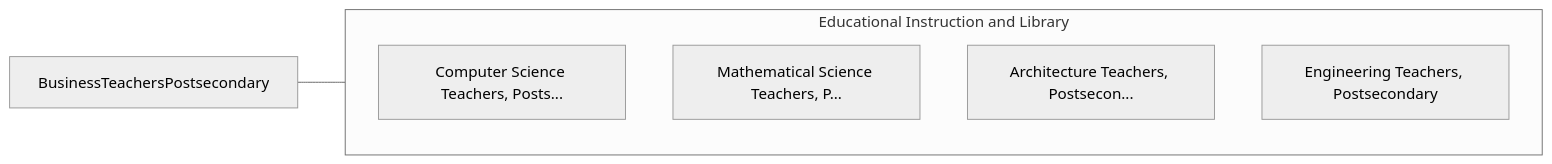
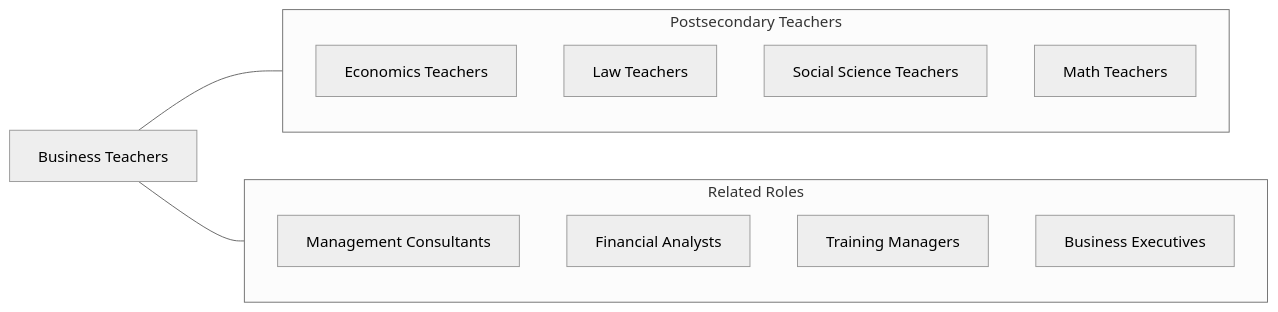
One commit to kziemski/business.org.ai changed the fourth of 4 diagrams in occupations/Education/BusinessTeachersPostsecondary.mdx. Above: the diagram before and after it, drawn with Mermaid (neutral theme). The commit also changed other lines of this file and 938 other files, not shown here.

````diff
--- a/occupations/Education/BusinessTeachersPostsecondary.mdx
+++ b/occupations/Education/BusinessTeachersPostsecondary.mdx
@@ -116,13 +168,21 @@
 ```mermaid
 graph LR
-    Current["BusinessTeachersPostsecondary"]
+    Current["Business Teachers"]
 
-    subgraph SameCategory["Educational Instruction and Library"]
-        ComputerScienceTeach["Computer Science Teachers, Posts..."]
-        MathematicalScienceT["Mathematical Science Teachers, P..."]
-        ArchitectureTeachers["Architecture Teachers, Postsecon..."]
-        EngineeringTeachersP["Engineering Teachers, Postsecondary"]
+    subgraph SameCategory["Postsecondary Teachers"]
+        Economics["Economics Teachers"]
+        Law["Law Teachers"]
+        SocialScience["Social Science Teachers"]
+        Math["Math Teachers"]
+    end
+
+    subgraph CrossFunctional["Related Roles"]
+        MgmtConsultants["Management Consultants"]
+        FinAnalysts["Financial Analysts"]
+        TrainDev["Training Managers"]
+        Executives["Business Executives"]
     end
 
     Current --- SameCategory
+    Current --- CrossFunctional
 ```
````
